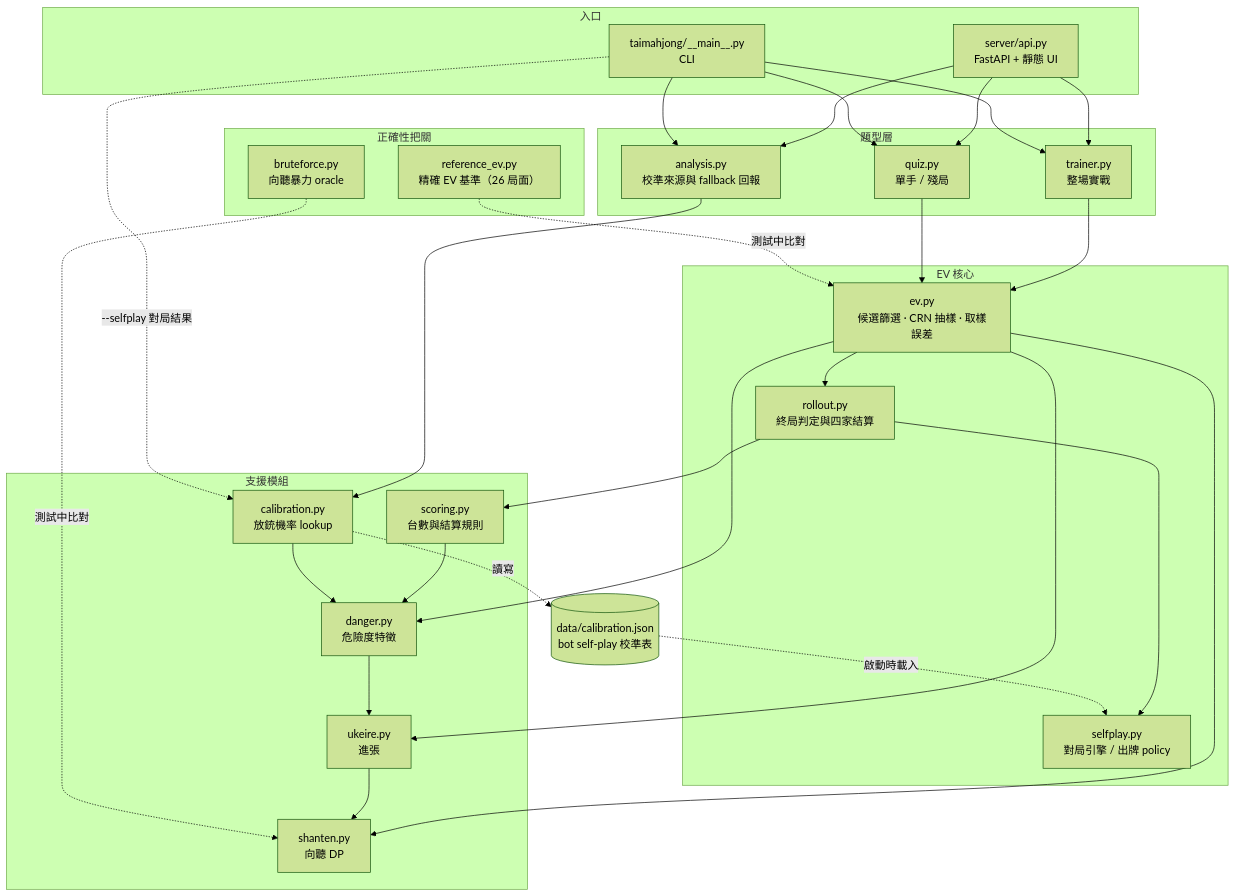
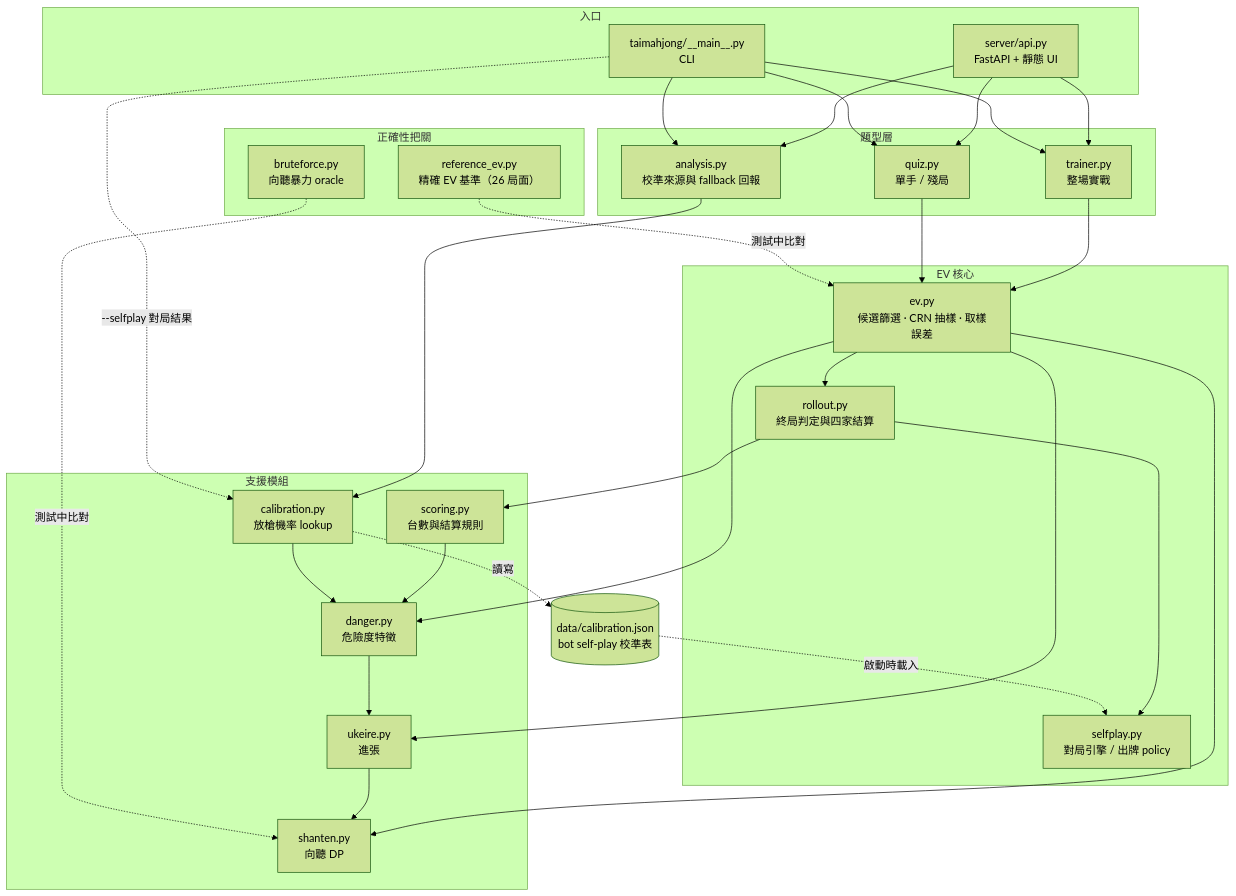
Before and after one commit to YuHsunWang/gto_mahjong: the diagram in README.md, drawn with Mermaid (forest theme). The commit also changed other lines of this file and 14 other files, not shown here.

````diff
--- a/README.md
+++ b/README.md
@@ -84,49 +84,49 @@
 ```mermaid
 flowchart TB
     subgraph entry["入口"]
         WEB["server/api.py<br/>FastAPI + 靜態 UI"]
         CLI["taimahjong/__main__.py<br/>CLI"]
     end
 
     subgraph product["題型層"]
         TRAINER["trainer.py<br/>整場實戰"]
         QUIZ["quiz.py<br/>單手 / 殘局"]
         ANALYSIS["analysis.py<br/>校準來源與 fallback 回報"]
     end
 
     subgraph core["EV 核心"]
         EV["ev.py<br/>候選篩選 · CRN 抽樣 · 取樣誤差"]
         ROLLOUT["rollout.py<br/>終局判定與四家結算"]
         SELFPLAY["selfplay.py<br/>對局引擎 / 出牌 policy"]
     end
 
     subgraph support["支援模組"]
         SHANTEN["shanten.py<br/>向聽 DP"]
         UKEIRE["ukeire.py<br/>進張"]
         DANGER["danger.py<br/>危險度特徵"]
         SCORING["scoring.py<br/>台數與結算規則"]
-        CALIB["calibration.py<br/>放銃機率 lookup"]
+        CALIB["calibration.py<br/>放槍機率 lookup"]
     end
 
     subgraph validate["正確性把關"]
         BRUTE["bruteforce.py<br/>向聽暴力 oracle"]
         REF["reference_ev.py<br/>精確 EV 基準（26 局面）"]
     end
 
     DATA[("data/calibration.json<br/>bot self-play 校準表")]
 
     WEB --> TRAINER & QUIZ & ANALYSIS
     CLI --> TRAINER & QUIZ & ANALYSIS
     TRAINER & QUIZ --> EV
     ANALYSIS --> CALIB
     EV --> ROLLOUT --> SELFPLAY
     EV --> SHANTEN & UKEIRE & DANGER
     DANGER --> UKEIRE --> SHANTEN
     ROLLOUT --> SCORING --> DANGER
     CALIB --> DANGER
     CALIB -.讀寫.-> DATA
     CLI -."--selfplay 對局結果".-> CALIB
     DATA -.啟動時載入.-> SELFPLAY
     BRUTE -.測試中比對.-> SHANTEN
     REF -.測試中比對.-> EV
 ```
````
